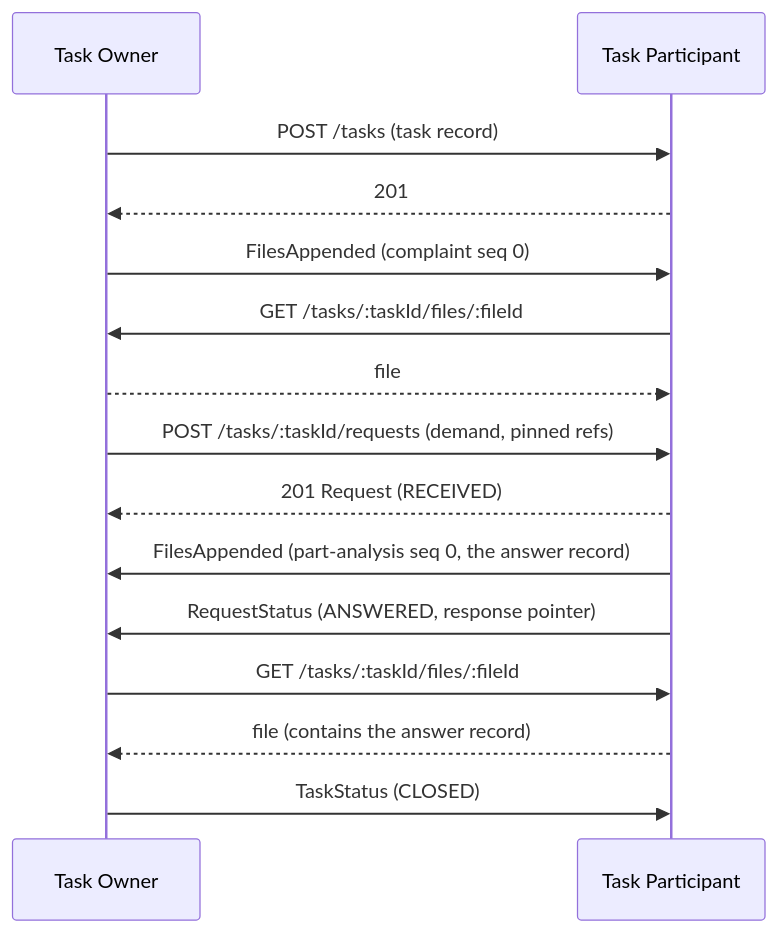
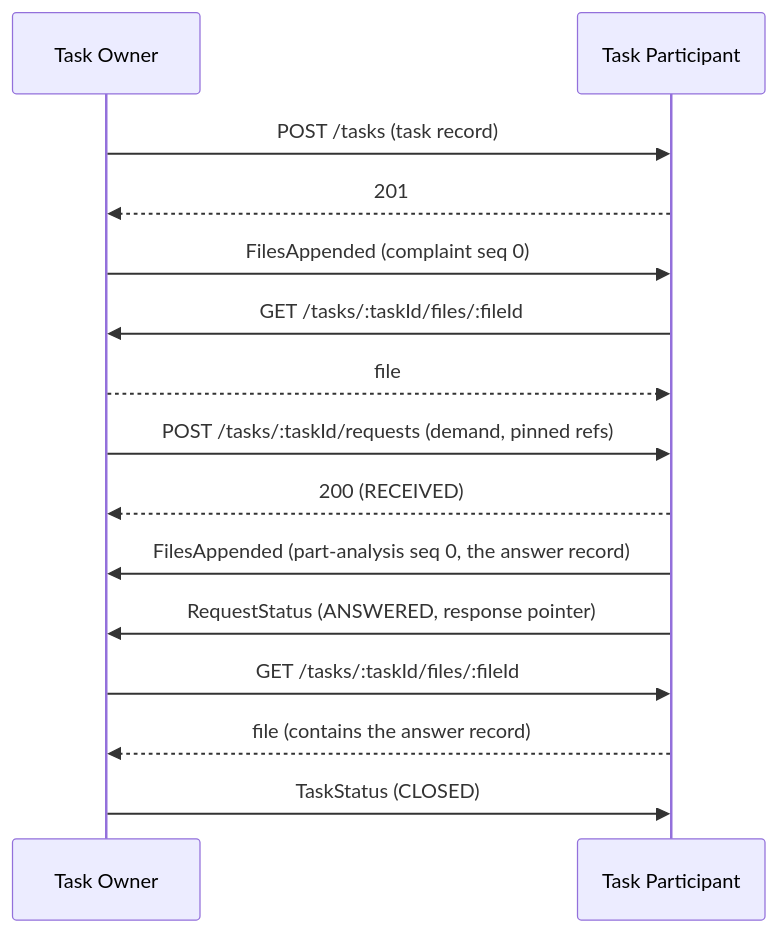
The third of 3 diagrams in specs/stc/task-collaboration.md (Metaform/dsaf-specs), drawn with Mermaid before and after one commit. The commit also changed other lines of this file and 5 other files, not shown here.

````diff
--- a/specs/stc/task-collaboration.md
+++ b/specs/stc/task-collaboration.md
@@ -572,17 +572,17 @@
 ```mermaid
 sequenceDiagram
     participant owner as Task Owner
     participant peer as Task Participant
     owner ->> peer: POST /tasks (task record)
     peer -->> owner: 201
     owner ->> peer: FilesAppended (complaint seq 0)
     peer ->> owner: GET /tasks/:taskId/files/:fileId
     owner -->> peer: file
     owner ->> peer: POST /tasks/:taskId/requests (demand, pinned refs)
-    peer -->> owner: 201 Request (RECEIVED)
+    peer -->> owner: 200 (RECEIVED)
     peer ->> owner: FilesAppended (part-analysis seq 0, the answer record)
     peer ->> owner: RequestStatus (ANSWERED, response pointer)
     owner ->> peer: GET /tasks/:taskId/files/:fileId
     peer -->> owner: file (contains the answer record)
     owner ->> peer: TaskStatus (CLOSED)
 ```
````
